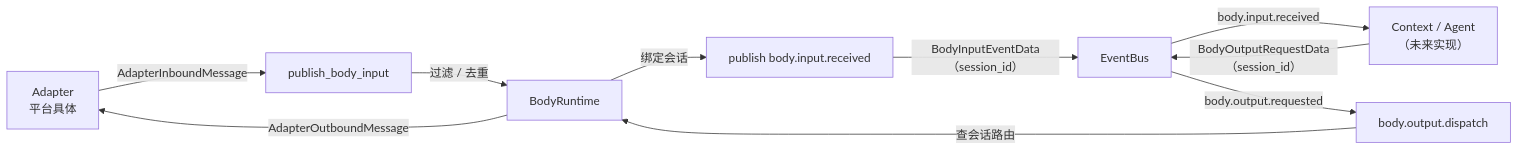
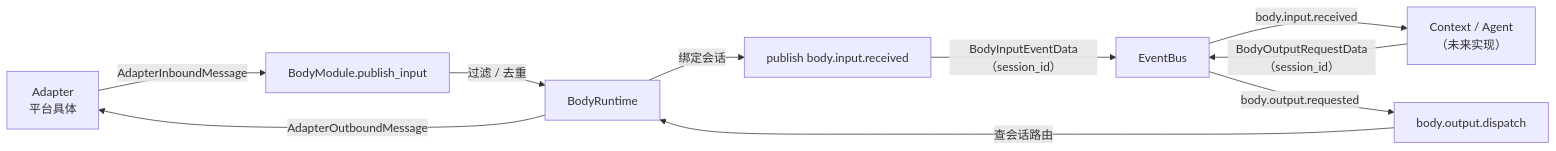
The diagram in src/core/body/README.md (FXLYawa/SenaBot), drawn with Mermaid before and after one commit. The commit also changed other lines of this file and 8 other files, not shown here.

Commit message:
feat(body): assemble module in application root

````diff
--- a/src/core/body/README.md
+++ b/src/core/body/README.md
@@ -9,12 +9,12 @@
 ```mermaid
 flowchart LR
-    Adapter["Adapter\n平台具体"] -->|"AdapterInboundMessage"| Entry["publish_body_input"]
+    Adapter["Adapter\n平台具体"] -->|"AdapterInboundMessage"| Entry["BodyModule.publish_input"]
     Entry -->|"过滤 / 去重"| RT["BodyRuntime"]
     RT -->|"绑定会话"| Pub["publish body.input.received"]
     Pub -->|"BodyInputEventData（session_id）"| Bus["EventBus"]
     Bus -->|"body.input.received"| Agent["Context / Agent\n（未来实现）"]
     Agent -->|"BodyOutputRequestData（session_id）"| Bus
     Bus -->|"body.output.requested"| Handler["body.output.dispatch"]
     Handler -->|"查会话路由"| RT
     RT -->|"AdapterOutboundMessage"| Adapter
 ```
````
